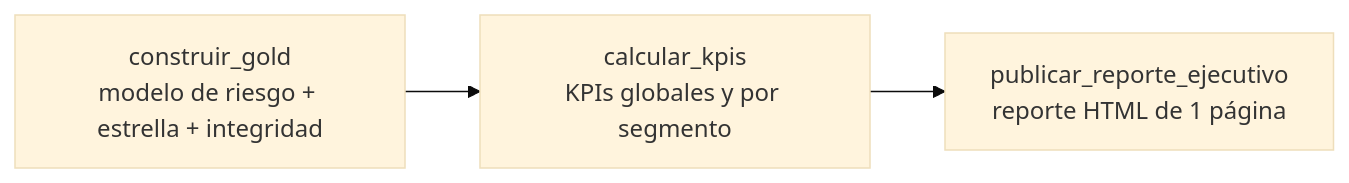
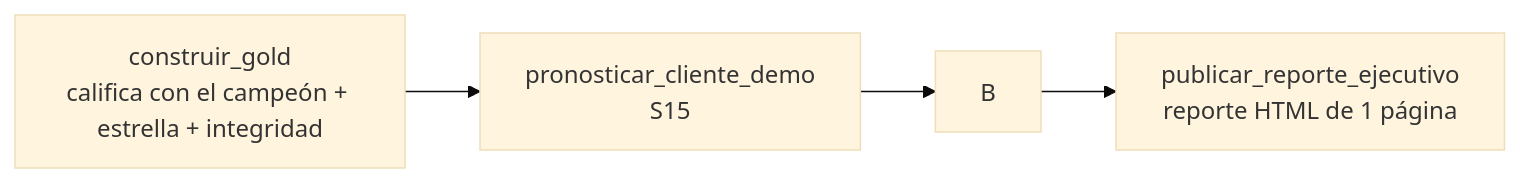
The fourth of 6 diagrams in docs/01_arquitectura.md (rodrigopinto56/PathData_backend), drawn with Mermaid (base theme) before and after one commit. The commit also changed other lines of this file and 25 other files, not shown here.

First line of the commit message:
feat: S15 modelo predictivo de riesgo y prediccion financiera

````diff
--- a/docs/01_arquitectura.md
+++ b/docs/01_arquitectura.md
@@ -134,5 +149,6 @@
 ```mermaid
 flowchart LR
-    A[construir_gold<br/>modelo de riesgo + estrella + integridad] --> B[calcular_kpis<br/>KPIs globales y por segmento]
+    A[construir_gold<br/>califica con el campeón + estrella + integridad] --> P[pronosticar_cliente_demo<br/>S15]
+    P --> B
     B --> C[publicar_reporte_ejecutivo<br/>reporte HTML de 1 página]
 ```
````
